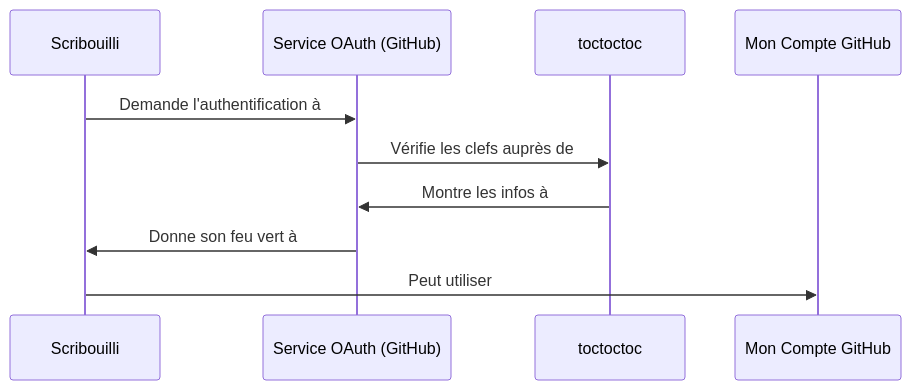
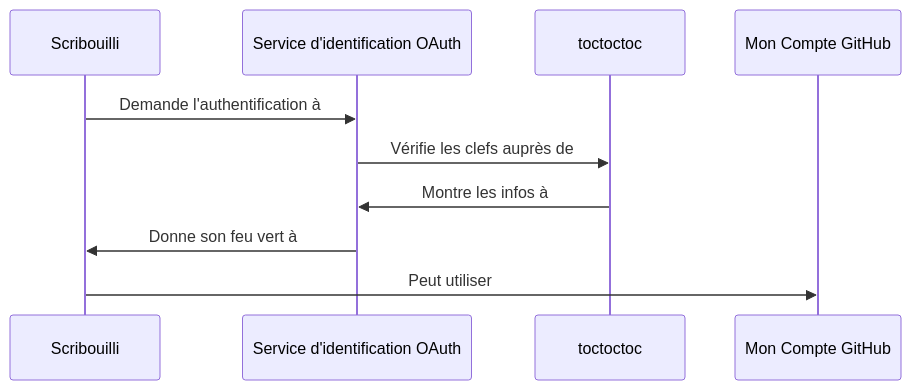
Before and after one commit to Scribouilli/scribouilli: the diagram in README.md, drawn with Mermaid. The commit also changed other lines of this file, not shown here.

````diff
--- a/README.md
+++ b/README.md
@@ -51,12 +51,12 @@
 ```mermaid
 sequenceDiagram;
     participant A as Scribouilli
-    participant B as Service OAuth (GitHub)
+    participant B as Service d'identification OAuth
     participant C as toctoctoc
     participant D as Mon Compte GitHub
     A->>B: Demande l'authentification à
     B->>C: Vérifie les clefs auprès de
     C->>B: Montre les infos à
     B->>A: Donne son feu vert à
     A->>D: Peut utiliser
 ```
````
